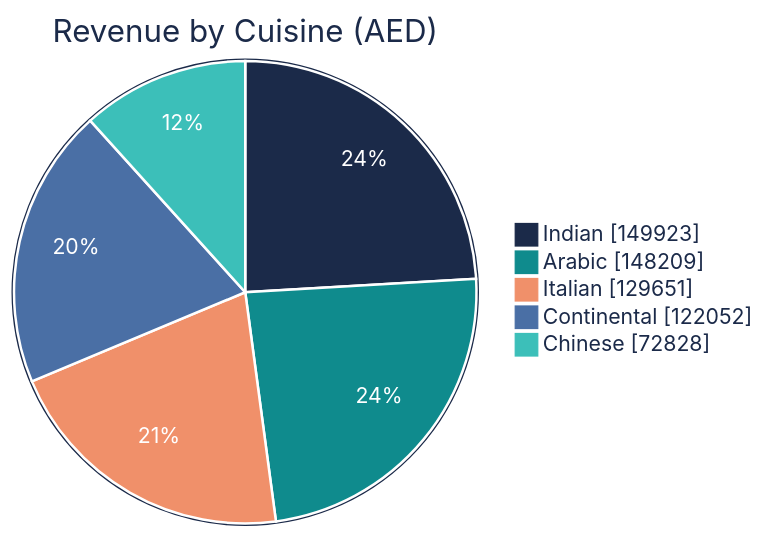
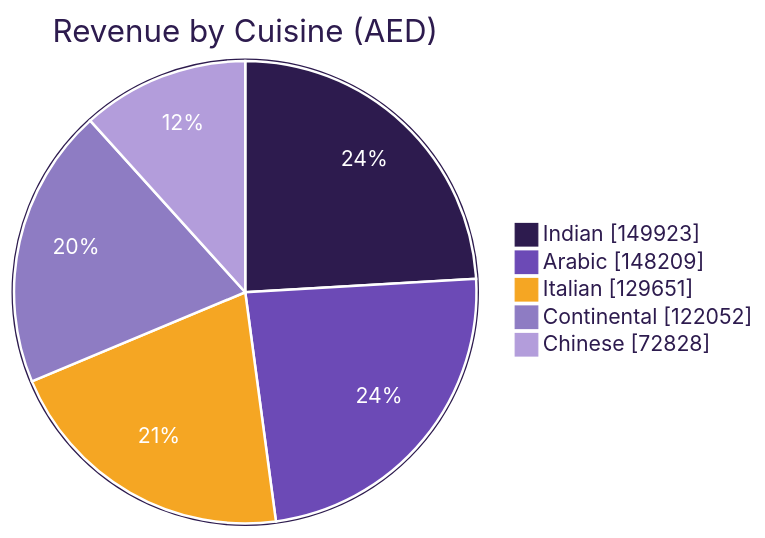
Before and after one commit to shalini09924/Data26: the seventh of 9 diagrams in README.md, drawn with Mermaid. The commit also changed other lines of this file, not shown here.

Commit message:
Update README with new metrics and chart themes

````diff
--- a/README.md
+++ b/README.md
@@ -133,9 +133,9 @@
 ```mermaid
-%%{init: {"theme": "base", "themeVariables": {"background": "#FFF7F1", "pie1": "#1B2A49", "pie2": "#0F8B8D", "pie3": "#F0906A", "pie4": "#4A6FA5", "pie5": "#3CBFB9", "pie6": "#F6B08C", "pie7": "#7C93B8", "pieTitleTextColor": "#1B2A49", "pieSectionTextColor": "#FFFFFF", "pieLegendTextColor": "#1B2A49", "pieStrokeColor": "#FFFFFF", "pieOuterStrokeColor": "#1B2A49", "pieOpacity": "1"}}}%%
+%%{init: {"theme": "base", "themeVariables": {"background": "#F7F3FF", "pie1": "#2D1B4E", "pie2": "#6C4AB6", "pie3": "#F5A623", "pie4": "#8E7CC3", "pie5": "#B39DDB", "pie6": "#FFC46B", "pie7": "#9FA8DA", "pieTitleTextColor": "#2D1B4E", "pieSectionTextColor": "#FFFFFF", "pieLegendTextColor": "#2D1B4E", "pieStrokeColor": "#FFFFFF", "pieOuterStrokeColor": "#2D1B4E", "pieOpacity": "1"}}}%%
 pie showData title Revenue by Cuisine (AED)
     "Indian" : 149923.0
     "Arabic" : 148209.0
     "Italian" : 129651.0
     "Continental" : 122052.0
     "Chinese" : 72828.0
 ```
````
